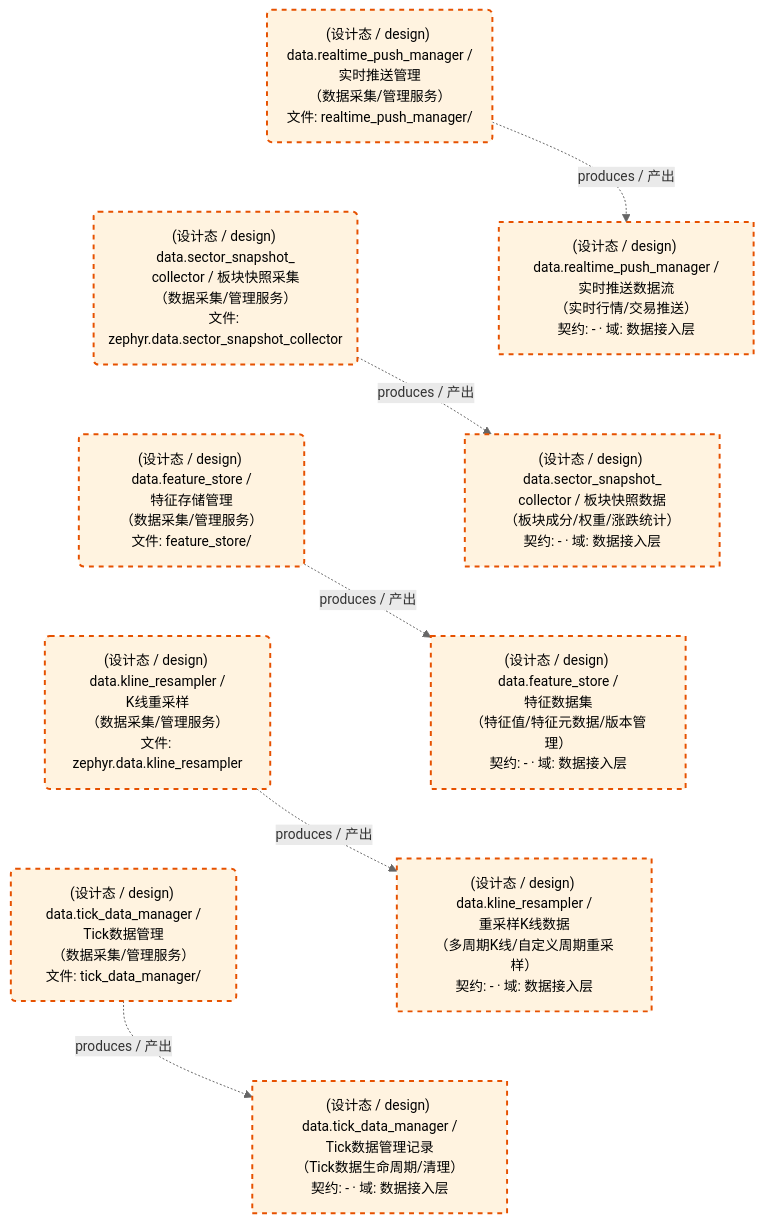
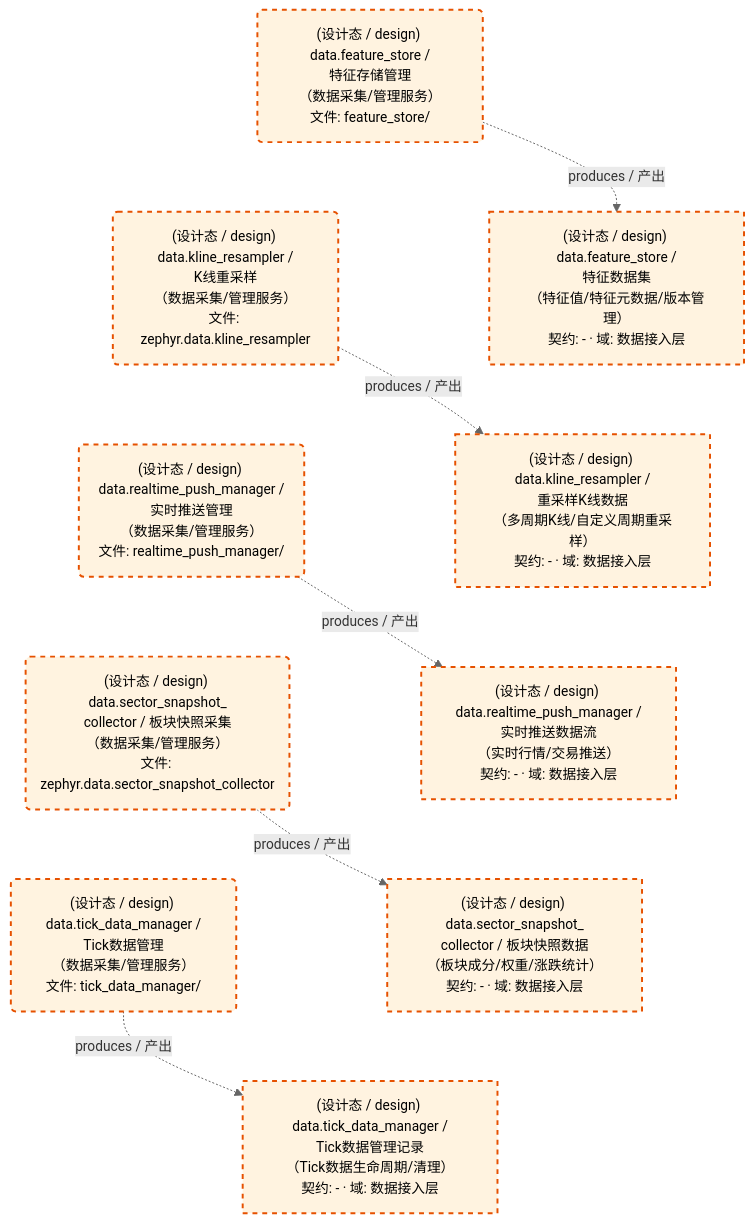
Before and after one commit to xuanFelixVan/ZephyrAlpha: the first of 2 diagrams in docs/02_enterprise_architecture/05_dataflow_architecture/d_data.md, drawn with Mermaid. The commit also changed other lines of this file and 12 other files, not shown here.

````diff
--- a/docs/02_enterprise_architecture/05_dataflow_architecture/d_data.md
+++ b/docs/02_enterprise_architecture/05_dataflow_architecture/d_data.md
@@ -49,32 +49,32 @@
 ```mermaid
 %%{init: {'theme': 'base', 'themeVariables': {'primaryColor': '#eaeaea', 'primaryTextColor': '#333333', 'primaryBorderColor': '#666666', 'lineColor': '#666666', 'secondaryColor': '#eaeaea', 'tertiaryColor': '#eaeaea', 'clusterBkg': 'transparent', 'clusterBorder': 'transparent', 'fontSize': '14px'}}}%%
 flowchart TD
     DS11253["(设计态 / design) data.feature_store /<br/>特征数据集<br/>（特征值/特征元数据/版本管理）<br/>契约: - · 域: 数据接入层"]
     DS11256["(设计态 / design) data.kline_resampler /<br/>重采样K线数据<br/>（多周期K线/自定义周期重采样）<br/>契约: - · 域: 数据接入层"]
     DS11254["(设计态 / design) data.realtime_push_manager /<br/>实时推送数据流<br/>（实时行情/交易推送）<br/>契约: - · 域: 数据接入层"]
     DS11257["(设计态 / design) data.sector_snapshot_<br/>collector / 板块快照数据<br/>（板块成分/权重/涨跌统计）<br/>契约: - · 域: 数据接入层"]
     DS11255["(设计态 / design) data.tick_data_manager /<br/>Tick数据管理记录<br/>（Tick数据生命周期/清理）<br/>契约: - · 域: 数据接入层"]
     JOB757617("(设计态 / design) data.feature_store /<br/>特征存储管理<br/>（数据采集/管理服务）<br/>文件: feature_store/")
     JOB757620("(设计态 / design) data.kline_resampler /<br/>K线重采样<br/>（数据采集/管理服务）<br/>文件: zephyr.data.kline_resampler")
     JOB757618("(设计态 / design) data.realtime_push_manager /<br/>实时推送管理<br/>（数据采集/管理服务）<br/>文件: realtime_push_manager/")
     JOB757621("(设计态 / design) data.sector_snapshot_<br/>collector / 板块快照采集<br/>（数据采集/管理服务）<br/>文件: zephyr.data.sector_snapshot_collector")
     JOB757619("(设计态 / design) data.tick_data_manager /<br/>Tick数据管理<br/>（数据采集/管理服务）<br/>文件: tick_data_manager/")
     JOB757617 -.->|produces / 产出| DS11253
     JOB757618 -.->|produces / 产出| DS11254
     JOB757619 -.->|produces / 产出| DS11255
     JOB757620 -.->|produces / 产出| DS11256
     JOB757621 -.->|produces / 产出| DS11257
+    JOB757617 ~~~ JOB757620
+    JOB757620 ~~~ JOB757618
     JOB757618 ~~~ JOB757621
-    JOB757621 ~~~ JOB757617
-    JOB757617 ~~~ JOB757620
-    JOB757620 ~~~ JOB757619
+    JOB757621 ~~~ JOB757619
+    DS11253 ~~~ DS11256
+    DS11256 ~~~ DS11254
     DS11254 ~~~ DS11257
-    DS11257 ~~~ DS11253
-    DS11253 ~~~ DS11256
-    DS11256 ~~~ DS11255
+    DS11257 ~~~ DS11255
     classDef production fill:#e1f5fe,stroke:#01579b,stroke-width:2px,color:#000
     classDef design fill:#fff3e0,stroke:#e65100,stroke-width:2px,color:#000,stroke-dasharray: 5 5
     classDef external_prod fill:#e8f4fd,stroke:#0277bd,stroke-width:1px,color:#000
     classDef external_design fill:#fff8e7,stroke:#ef6c00,stroke-width:1px,color:#000,stroke-dasharray: 5 5
     class DS11253,DS11256,DS11254,DS11257,DS11255,JOB757617,JOB757620,JOB757618,JOB757621,JOB757619 design
 ```
````
